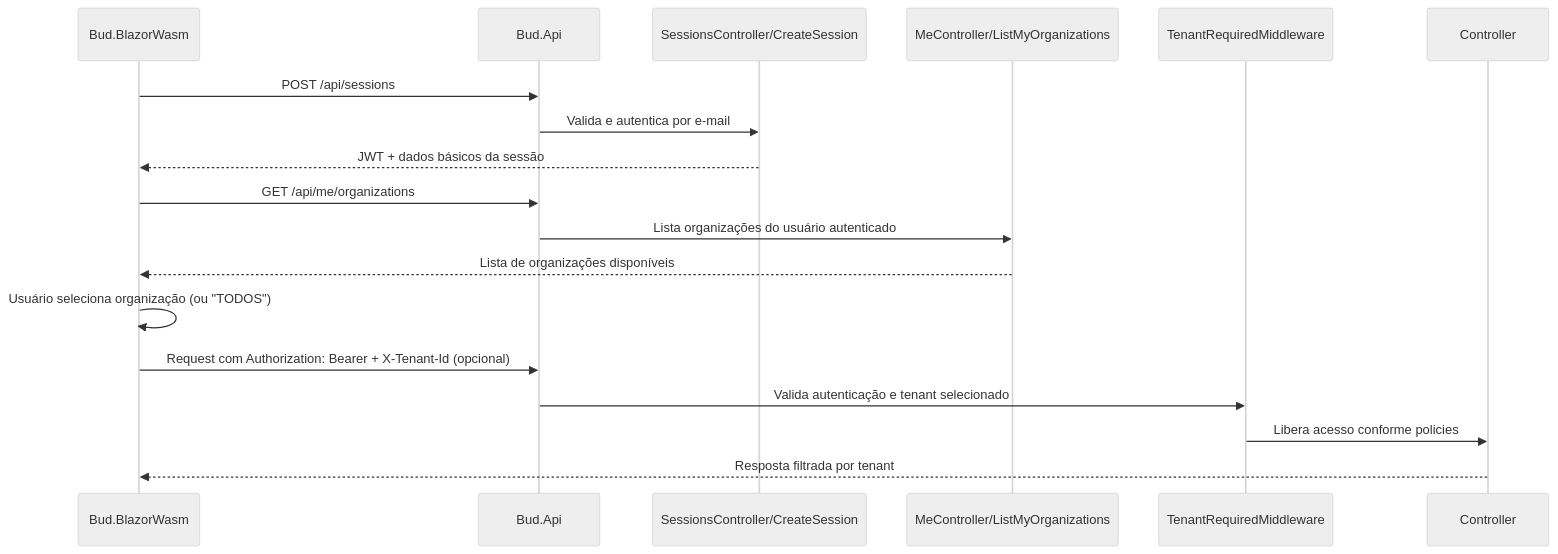
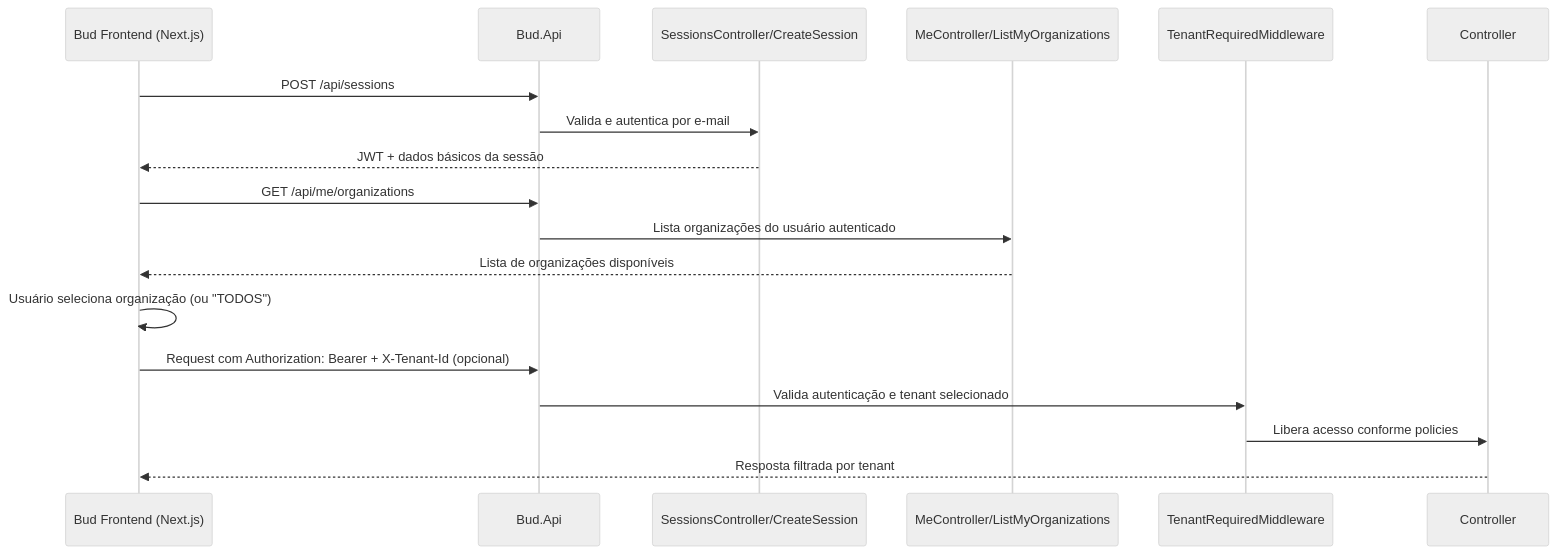
One commit to getbud-co/bud2 changed the fifth of 11 diagrams in README.md. Above: the diagram before and after it, drawn with Mermaid (neutral theme). The commit also changed other lines of this file and 11 other files, not shown here.

````diff
--- a/README.md
+++ b/README.md
@@ -366,23 +359,23 @@
 ```mermaid
 sequenceDiagram
-    participant UI as Bud.BlazorWasm
+    participant UI as Bud Frontend (Next.js)
     participant API as Bud.Api
     participant SESS as SessionsController/CreateSession
     participant ME as MeController/ListMyOrganizations
     participant TENANT as TenantRequiredMiddleware
     participant CTRL as Controller
 
     UI->>API: POST /api/sessions
     API->>SESS: Valida e autentica por e-mail
     SESS-->>UI: JWT + dados básicos da sessão
 
     UI->>API: GET /api/me/organizations
     API->>ME: Lista organizações do usuário autenticado
     ME-->>UI: Lista de organizações disponíveis
 
     UI->>UI: Usuário seleciona organização (ou "TODOS")
     UI->>API: Request com Authorization: Bearer + X-Tenant-Id (opcional)
     API->>TENANT: Valida autenticação e tenant selecionado
     TENANT->>CTRL: Libera acesso conforme policies
     CTRL-->>UI: Resposta filtrada por tenant
 ```
````
